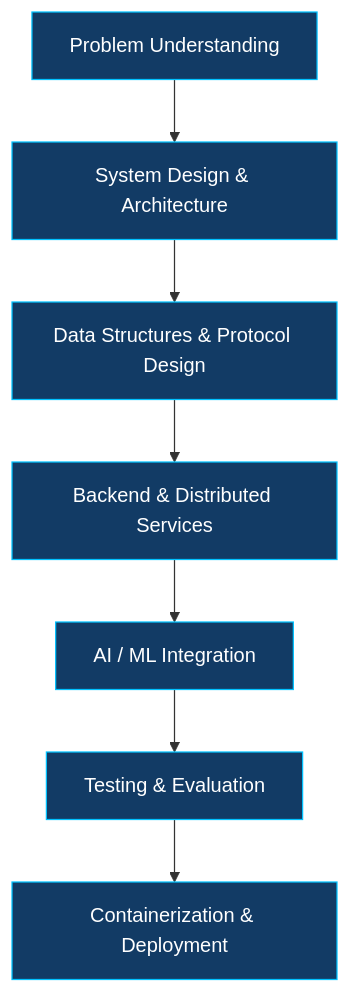
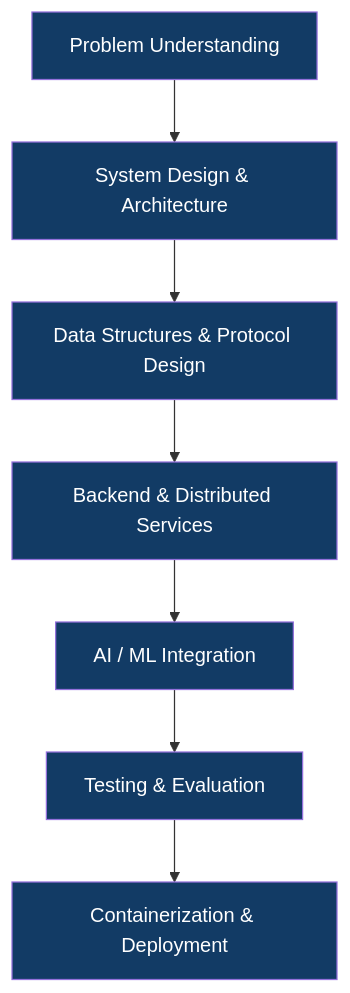
Before and after one commit to suhasshetti02/suhasshetti02: the diagram in README.md, drawn with Mermaid. The commit also changed other lines of this file, not shown here.

````diff
--- a/README.md
+++ b/README.md
@@ -100,12 +110,17 @@
 ```mermaid
 flowchart TD
     A["Problem Understanding"] --> B["System Design & Architecture"]
     B --> C["Data Structures & Protocol Design"]
     C --> D["Backend & Distributed Services"]
     D --> E["AI / ML Integration"]
     E --> F["Testing & Evaluation"]
     F --> G["Containerization & Deployment"]
 
-    classDef primary fill:#123B65,color:#ffffff,stroke:#00C2FF
-    class A,B,C,D,E,F,G primary
+    style A fill:#123B65,color:#ffffff
+    style B fill:#123B65,color:#ffffff
+    style C fill:#123B65,color:#ffffff
+    style D fill:#123B65,color:#ffffff
+    style E fill:#123B65,color:#ffffff
+    style F fill:#123B65,color:#ffffff
+    style G fill:#123B65,color:#ffffff
 ```
````
